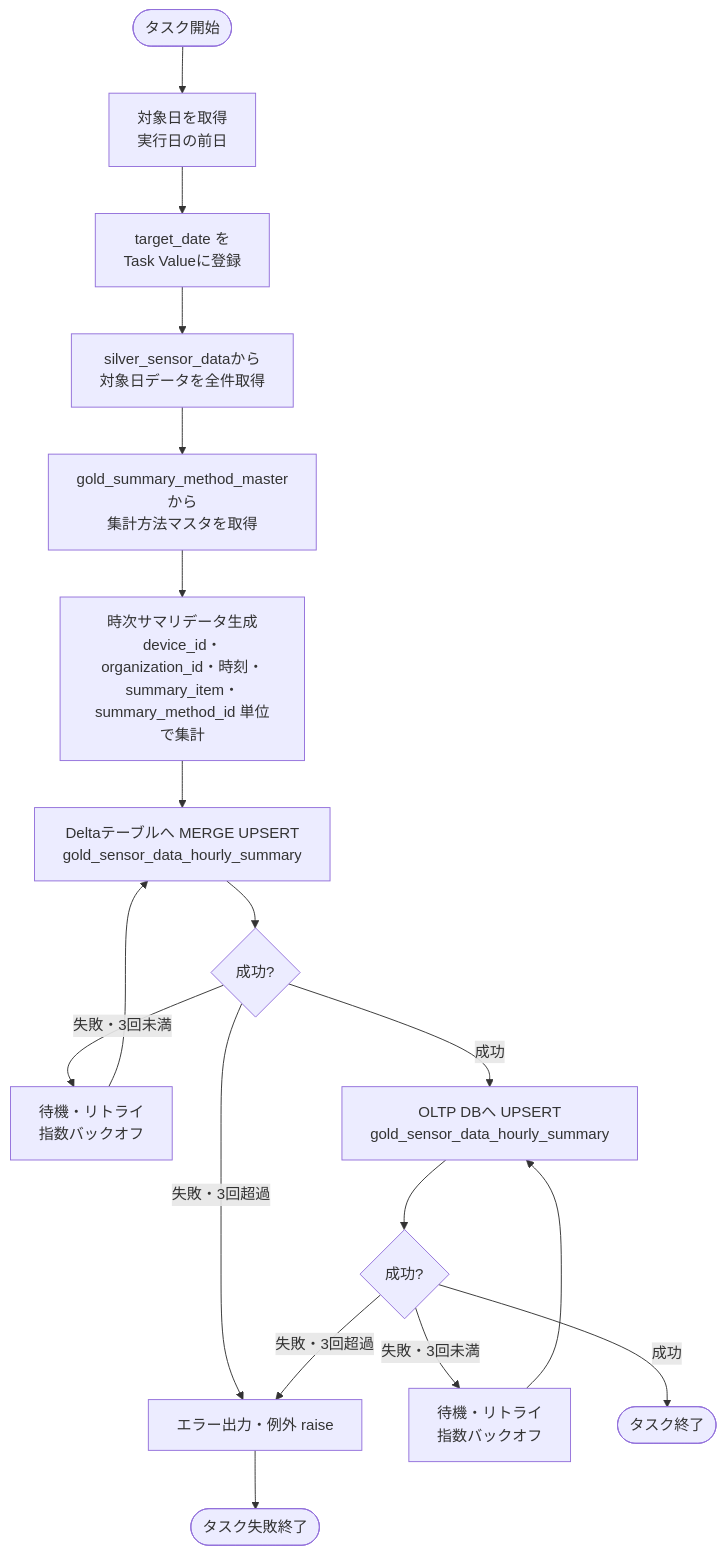
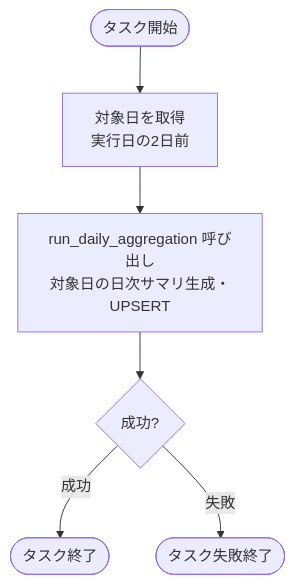
One commit to NSW-SVCP-AIWG002/Databricks-IoT changed the third of 4 diagrams in docs/03-features/batch/gold-data-overwrite/job-specification.md. Above: the diagram before and after it, drawn with Mermaid. The commit also changed other lines of this file and 10 other files, not shown here.

````diff
--- a/docs/03-features/batch/gold-data-overwrite/job-specification.md
+++ b/docs/03-features/batch/gold-data-overwrite/job-specification.md
@@ -298,20 +178,8 @@
 ```mermaid
 flowchart TD
-    Start([タスク開始]) --> GetDate[対象日を取得<br>実行日の前日]
-    GetDate --> SetVal[target_date を<br>Task Valueに登録]
-    SetVal --> GetSilver[silver_sensor_dataから<br>対象日データを全件取得]
-    GetSilver --> GetMethod[gold_summary_method_masterから<br>集計方法マスタを取得]
-    GetMethod --> Gen[時次サマリデータ生成<br>device_id・organization_id・時刻・<br>summary_item・summary_method_id 単位で集計]
-    Gen --> DeltaUpsert[Deltaテーブルへ MERGE UPSERT<br>gold_sensor_data_hourly_summary]
-    DeltaUpsert --> DeltaResult{成功?}
-    DeltaResult -->|失敗・3回未満| DeltaRetry[待機・リトライ<br>指数バックオフ]
-    DeltaRetry --> DeltaUpsert
-    DeltaResult -->|失敗・3回超過| Error[エラー出力・例外 raise]
-    DeltaResult -->|成功| OLTPUpsert[OLTP DBへ UPSERT<br>gold_sensor_data_hourly_summary]
-    OLTPUpsert --> OLTPResult{成功?}
-    OLTPResult -->|失敗・3回未満| OLTPRetry[待機・リトライ<br>指数バックオフ]
-    OLTPRetry --> OLTPUpsert
-    OLTPResult -->|失敗・3回超過| Error
-    OLTPResult -->|成功| End([タスク終了])
-    Error --> Fail([タスク失敗終了])
+    Start([タスク開始]) --> GetDate[対象日を取得<br>実行日の2日前]
+    GetDate --> Call[run_daily_aggregation 呼び出し<br>対象日の日次サマリ生成・UPSERT]
+    Call --> Result{成功?}
+    Result -->|成功| End([タスク終了])
+    Result -->|失敗| Fail([タスク失敗終了])
 ```
````
